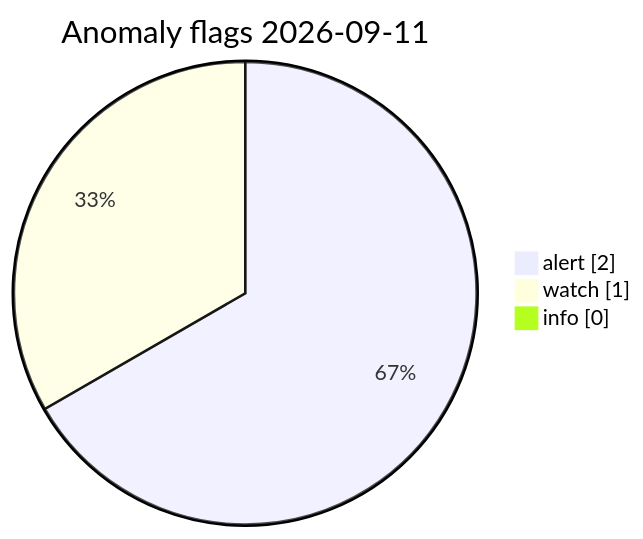
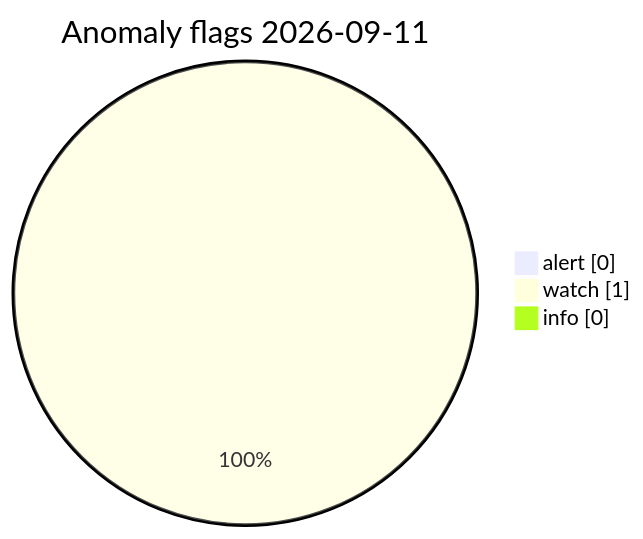
Before and after one commit to Midwest-Stratospheric/Unified-Open-Global-Weather: the diagram in visuals/2026-09-11/CHARTS.md, drawn with Mermaid. The commit also changed other lines of this file and 13 other files, not shown here.

Commit message:
data(visuals): automated charts 2026-09-11T13:42Z

````diff
--- a/visuals/2026-09-11/CHARTS.md
+++ b/visuals/2026-09-11/CHARTS.md
@@ -73,7 +73,7 @@
 ```mermaid
 pie showData
   title Anomaly flags 2026-09-11
-  "alert" : 2
+  "alert" : 0
   "watch" : 1
   "info" : 0
 ```
````
